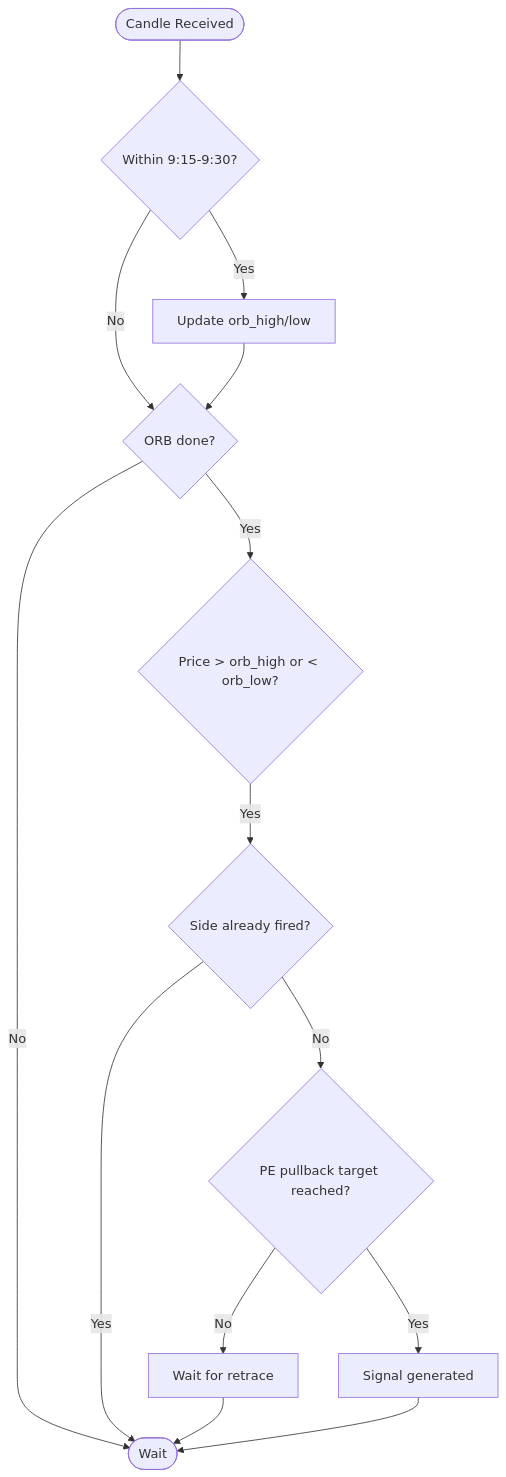
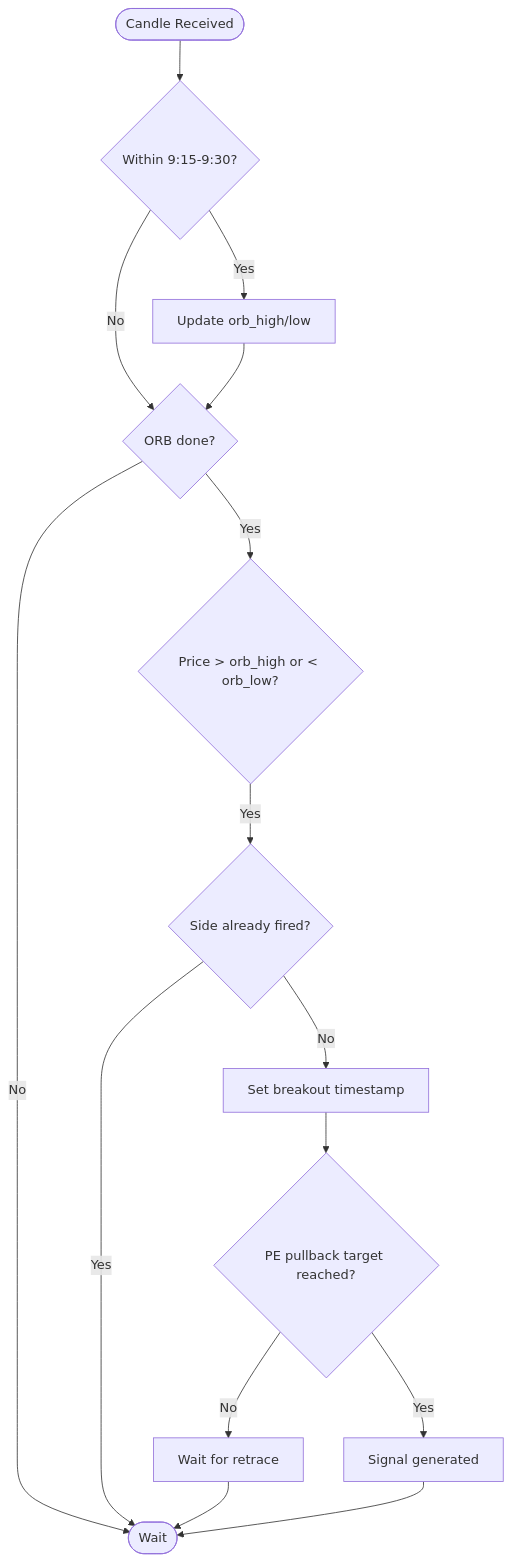
Before and after one commit to tauqeersiddiqui-art/tradingsystem: the third of 10 diagrams in .qoder/repowiki/en/content/Core Trading Engine/Live Engine Architecture.md, drawn with Mermaid. The commit also changed other lines of this file and 71 other files, not shown here.

````diff
--- a/.qoder/repowiki/en/content/Core Trading Engine/Live Engine Architecture.md
+++ b/.qoder/repowiki/en/content/Core Trading Engine/Live Engine Architecture.md
@@ -151,16 +172,17 @@
 ```mermaid
 flowchart TD
 Start(["Candle Received"]) --> CheckTime{"Within 9:15-9:30?"}
 CheckTime --> |Yes| Accumulate["Update orb_high/low"]
 CheckTime --> |No| CheckDone{"ORB done?"}
 Accumulate --> CheckDone
 CheckDone --> |No| End(["Wait"])
 CheckDone --> |Yes| Breakout{"Price > orb_high or < orb_low?"}
 Breakout --> |Yes| OneShot{"Side already fired?"}
 OneShot --> |Yes| End
-OneShot --> |No| Pullback{"PE pullback target reached?"}
+OneShot --> |No| SetTimestamp["Set breakout timestamp"]
+SetTimestamp --> Pullback{"PE pullback target reached?"}
 Pullback --> |Yes| Enter["Signal generated"]
 Pullback --> |No| Wait["Wait for retrace"]
 Wait --> End
 Enter --> End
 ```
````
